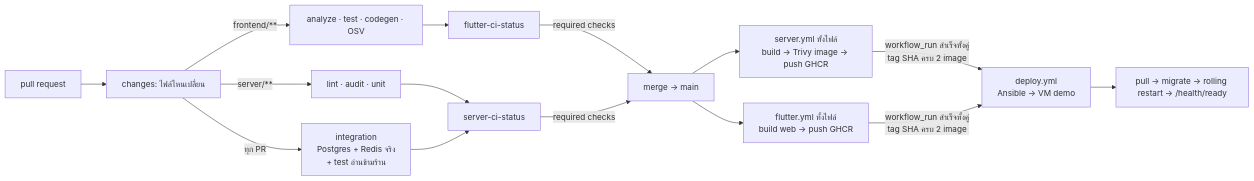
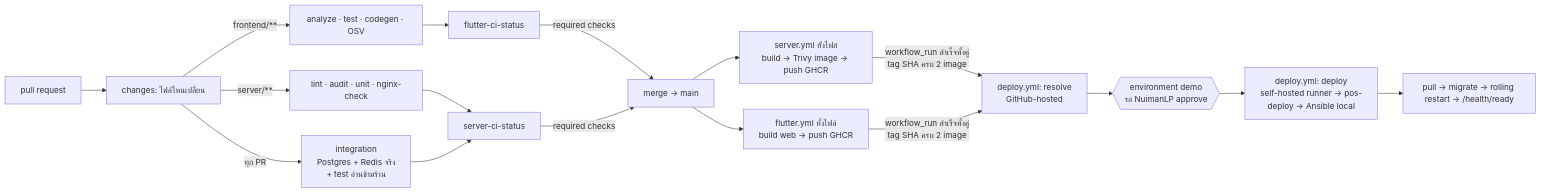
Before and after one commit to NuimanLP/srisurart-pos-flutter: the diagram in docs/Backend_design/07_CICD_DEPLOY.md, drawn with Mermaid. The commit also changed other lines of this file and 15 other files, not shown here.

````diff
--- a/docs/Backend_design/07_CICD_DEPLOY.md
+++ b/docs/Backend_design/07_CICD_DEPLOY.md
@@ -69,15 +102,17 @@
 ```mermaid
 flowchart LR
   PR[pull request] --> CH[changes: ไฟล์ไหนเปลี่ยน]
   CH -->|frontend/**| F[analyze · test · codegen · OSV]
-  CH -->|server/**| S[lint · audit · unit]
+  CH -->|server/**| S[lint · audit · unit · nginx-check]
   CH -->|ทุก PR| I[integration<br/>Postgres + Redis จริง<br/>+ test อ่านข้ามร้าน]
   F --> FS[flutter-ci-status]
   S --> SS[server-ci-status]
   I --> SS
   FS & SS -->|required checks| M[merge → main]
   M --> R1[server.yml ทั้งไฟล์<br/>build → Trivy image → push GHCR]
   M --> R2[flutter.yml ทั้งไฟล์<br/>build web → push GHCR]
-  R1 & R2 -->|workflow_run สำเร็จทั้งคู่<br/>tag SHA ครบ 2 image| D[deploy.yml<br/>Ansible → VM demo]
+  R1 & R2 -->|workflow_run สำเร็จทั้งคู่<br/>tag SHA ครบ 2 image| RS[deploy.yml: resolve<br/>GitHub-hosted]
+  RS --> AP{{environment demo<br/>รอ NuimanLP approve}}
+  AP --> D[deploy.yml: deploy<br/>self-hosted runner → pos-deploy → Ansible local]
   D --> V[pull → migrate → rolling restart → /health/ready]
 ```
````
